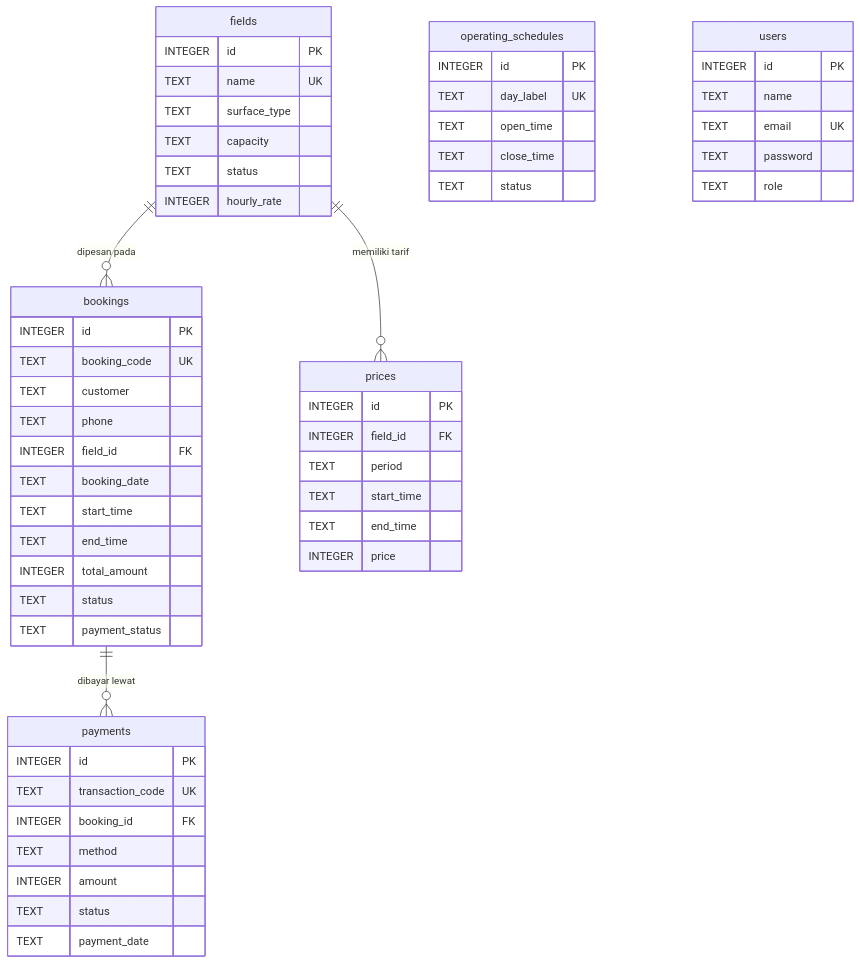
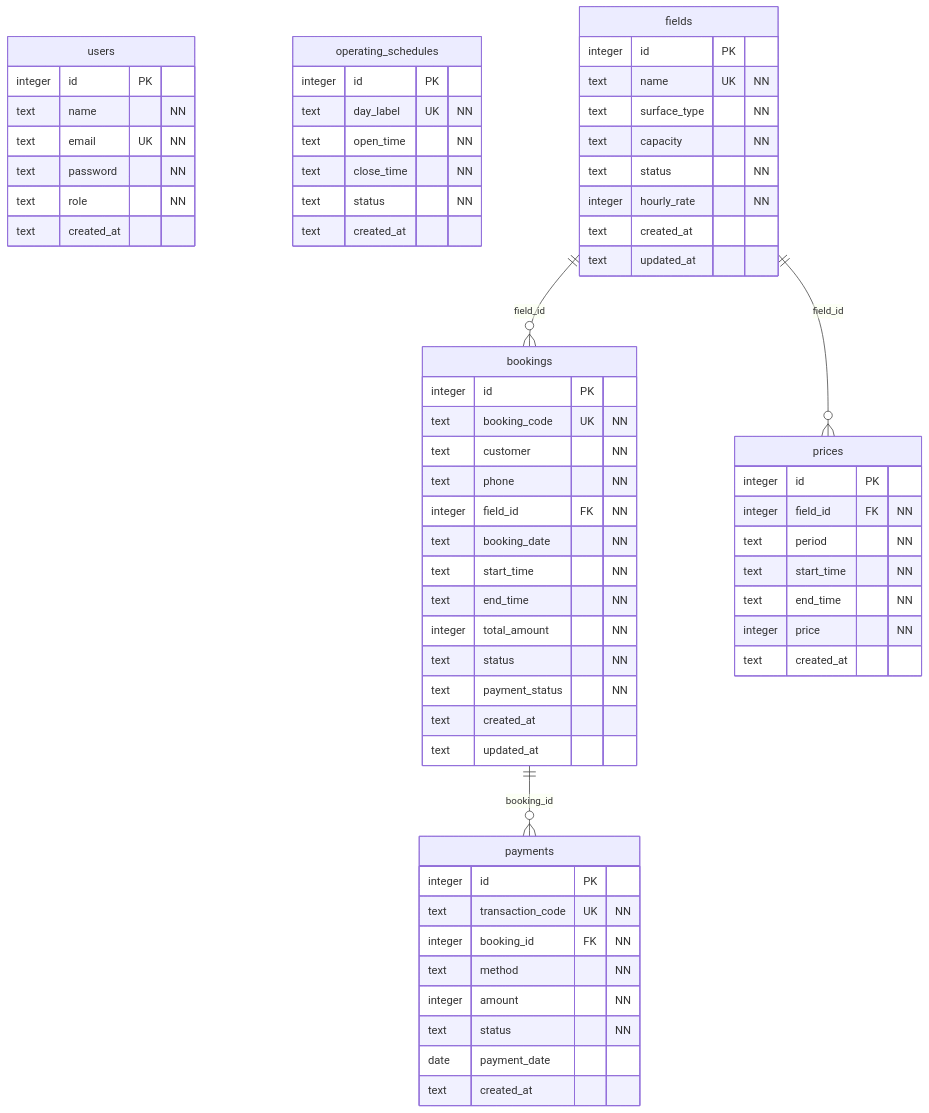
One commit to eyelihowl1316/UTS-dan-UAS-PABP changed the diagram in data_model.md. Above: the diagram before and after it, drawn with Mermaid. The commit also changed other lines of this file and 2 other files, not shown here.

Commit message:
edit: README.md, data_model.md, PROJECT_NOTES.md

````diff
--- a/data_model.md
+++ b/data_model.md
@@ -7,59 +9,67 @@
 ```mermaid
 erDiagram
-    fields ||--o{ bookings : "dipesan pada"
-    fields ||--o{ prices : "memiliki tarif"
-    bookings ||--o{ payments : "dibayar lewat"
-
+    users {
+        integer id PK
+        text name "NN"
+        text email UK "NN"
+        text password "NN"
+        text role "NN"
+        text created_at
+    }
+    operating_schedules {
+        integer id PK
+        text day_label UK "NN"
+        text open_time "NN"
+        text close_time "NN"
+        text status "NN"
+        text created_at
+    }
     fields {
-        INTEGER id PK
-        TEXT name UK
-        TEXT surface_type
-        TEXT capacity
-        TEXT status
-        INTEGER hourly_rate
+        integer id PK
+        text name UK "NN"
+        text surface_type "NN"
+        text capacity "NN"
+        text status "NN"
+        integer hourly_rate "NN"
+        text created_at
+        text updated_at
     }
     bookings {
-        INTEGER id PK
-        TEXT booking_code UK
-        TEXT customer
-        TEXT phone
-        INTEGER field_id FK
-        TEXT booking_date
-        TEXT start_time
-        TEXT end_time
-        INTEGER total_amount
-        TEXT status
-        TEXT payment_status
+        integer id PK
+        text booking_code UK "NN"
+        text customer "NN"
+        text phone "NN"
+        integer field_id FK "NN"
+        text booking_date "NN"
+        text start_time "NN"
+        text end_time "NN"
+        integer total_amount "NN"
+        text status "NN"
+        text payment_status "NN"
+        text created_at
+        text updated_at
     }
     payments {
-        INTEGER id PK
-        TEXT transaction_code UK
-        INTEGER booking_id FK
-        TEXT method
-        INTEGER amount
-        TEXT status
-        TEXT payment_date
+        integer id PK
+        text transaction_code UK "NN"
+        integer booking_id FK "NN"
+        text method "NN"
+        integer amount "NN"
+        text status "NN"
+        date payment_date
+        text created_at
     }
     prices {
-        INTEGER id PK
-        INTEGER field_id FK
-        TEXT period
-        TEXT start_time
-        TEXT end_time
-        INTEGER price
+        integer id PK
+        integer field_id FK "NN"
+        text period "NN"
+        text start_time "NN"
+        text end_time "NN"
+        integer price "NN"
+        text created_at
     }
-    operating_schedules {
-        INTEGER id PK
-        TEXT day_label UK
-        TEXT open_time
-        TEXT close_time
-        TEXT status
-    }
-    users {
-        INTEGER id PK
-        TEXT name
-        TEXT email UK
-        TEXT password
-        TEXT role
-    }
+
+    fields ||--o{ bookings : "field_id"
+    bookings ||--o{ payments : "booking_id"
+    fields ||--o{ prices : "field_id"
 ```
````
